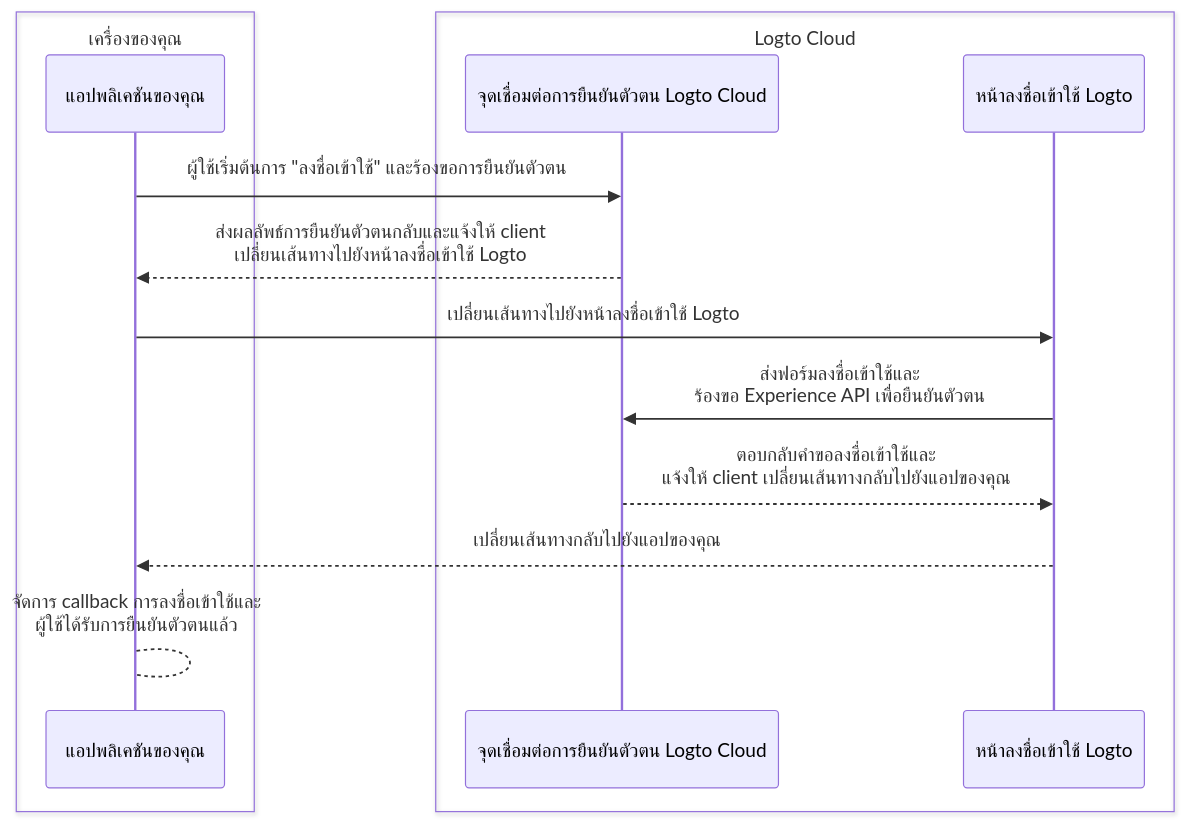
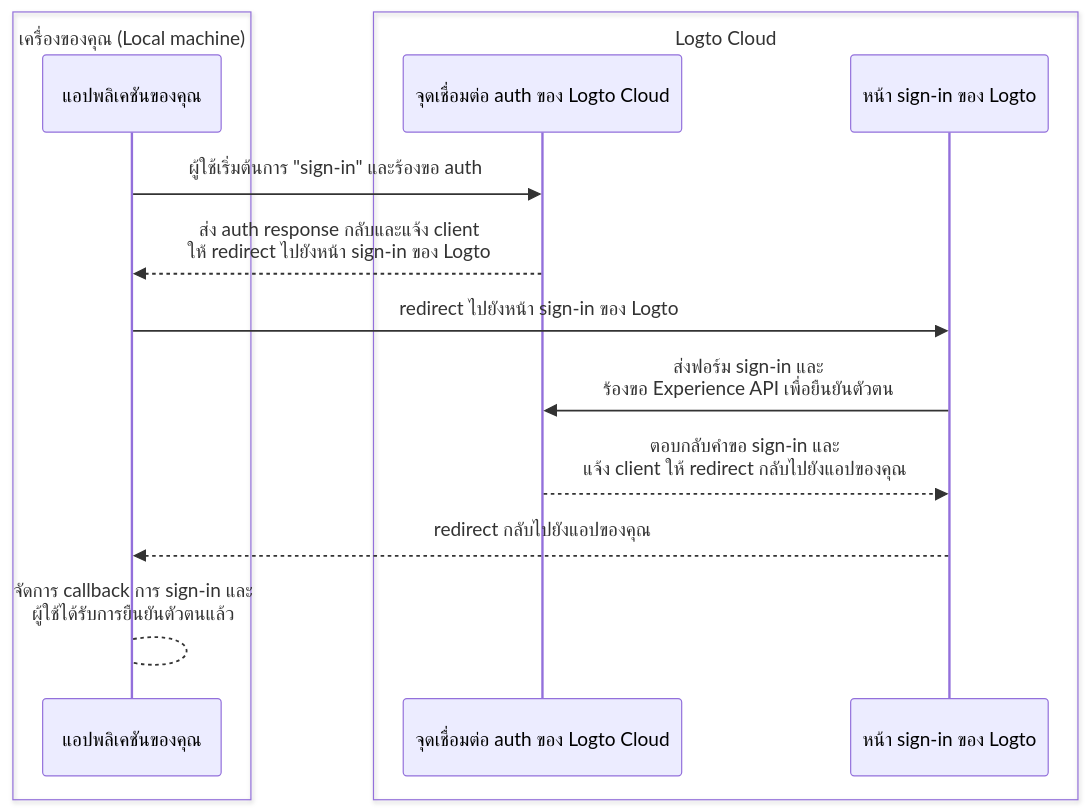
Before and after one commit to logto-io/docs: the first of 2 diagrams in i18n/th/docusaurus-plugin-content-docs/current/customization/bring-your-ui/debug-and-test-your-custom-ui-locally.mdx, drawn with Mermaid. The commit also changed other lines of this file and 666 other files, not shown here.

````diff
--- a/i18n/th/docusaurus-plugin-content-docs/current/customization/bring-your-ui/debug-and-test-your-custom-ui-locally.mdx
+++ b/i18n/th/docusaurus-plugin-content-docs/current/customization/bring-your-ui/debug-and-test-your-custom-ui-locally.mdx
@@ -19,17 +19,17 @@
 ```mermaid
 sequenceDiagram
-    box เครื่องของคุณ
+    box เครื่องของคุณ (Local machine)
     participant A as แอปพลิเคชันของคุณ
     end
     box Logto Cloud
-    participant B as จุดเชื่อมต่อการยืนยันตัวตน Logto Cloud
-    participant C as หน้าลงชื่อเข้าใช้ Logto
+    participant B as จุดเชื่อมต่อ auth ของ Logto Cloud
+    participant C as หน้า sign-in ของ Logto
     end
-    A ->> B: ผู้ใช้เริ่มต้นการ "ลงชื่อเข้าใช้" และร้องขอการยืนยันตัวตน
-    B -->> A: ส่งผลลัพธ์การยืนยันตัวตนกลับและแจ้งให้ client<br/>เปลี่ยนเส้นทางไปยังหน้าลงชื่อเข้าใช้ Logto
-    A ->> C: เปลี่ยนเส้นทางไปยังหน้าลงชื่อเข้าใช้ Logto
-    C ->> B: ส่งฟอร์มลงชื่อเข้าใช้และ<br/>ร้องขอ Experience API เพื่อยืนยันตัวตน
-    B -->> C: ตอบกลับคำขอลงชื่อเข้าใช้และ<br/>แจ้งให้ client เปลี่ยนเส้นทางกลับไปยังแอปของคุณ
-    C -->> A: เปลี่ยนเส้นทางกลับไปยังแอปของคุณ
-    A --> A: จัดการ callback การลงชื่อเข้าใช้และ<br/>ผู้ใช้ได้รับการยืนยันตัวตนแล้ว
+    A ->> B: ผู้ใช้เริ่มต้นการ "sign-in" และร้องขอ auth
+    B -->> A: ส่ง auth response กลับและแจ้ง client<br/>ให้ redirect ไปยังหน้า sign-in ของ Logto
+    A ->> C: redirect ไปยังหน้า sign-in ของ Logto
+    C ->> B: ส่งฟอร์ม sign-in และ<br/>ร้องขอ Experience API เพื่อยืนยันตัวตน
+    B -->> C: ตอบกลับคำขอ sign-in และ<br/>แจ้ง client ให้ redirect กลับไปยังแอปของคุณ
+    C -->> A: redirect กลับไปยังแอปของคุณ
+    A --> A: จัดการ callback การ sign-in และ<br/>ผู้ใช้ได้รับการยืนยันตัวตนแล้ว
 ```
````
